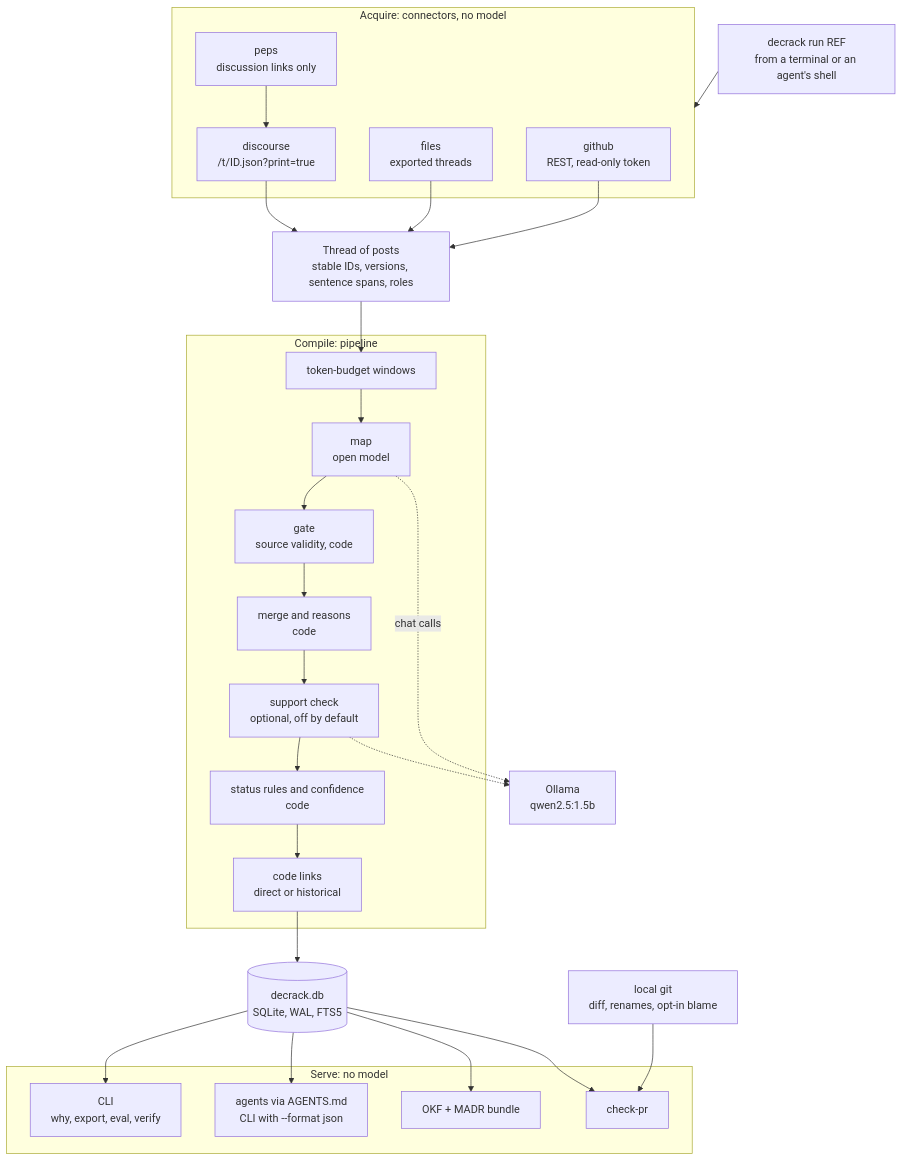
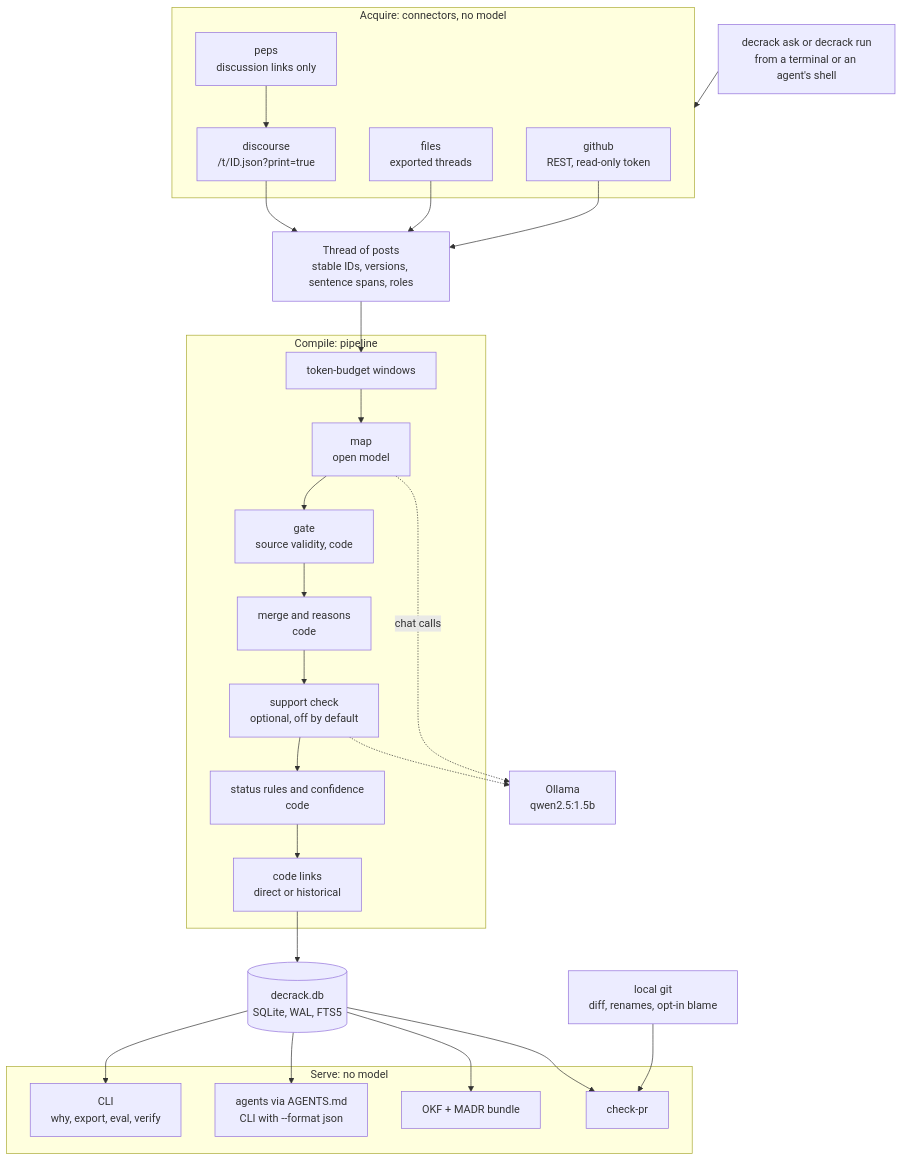
One commit to Madhav-GPT/DecRack changed the second of 8 diagrams in docs/ARCHITECTURE.md. Above: the diagram before and after it, drawn with Mermaid. The commit also changed other lines of this file and 9 other files, not shown here.

````diff
--- a/docs/ARCHITECTURE.md
+++ b/docs/ARCHITECTURE.md
@@ -129,32 +129,32 @@
 ```mermaid
 flowchart TD
     subgraph ACQ["Acquire: connectors, no model"]
         F["files<br/>exported threads"]
         DPO["discourse<br/>/t/ID.json?print=true"]
         GH["github<br/>REST, read-only token"]
         PEP["peps<br/>discussion links only"]
     end
     PEP --> DPO
     F & DPO & GH --> TH["Thread of posts<br/>stable IDs, versions, sentence spans, roles"]
     subgraph CMP["Compile: pipeline"]
         W["token-budget windows"] --> MAP["map<br/>open model"]
         MAP --> GATE["gate<br/>source validity, code"]
         GATE --> CON["merge and reasons<br/>code"]
         CON --> SUP["support check<br/>optional, off by default"]
         SUP --> ST["status rules and confidence<br/>code"]
         ST --> LNK["code links<br/>direct or historical"]
     end
     TH --> W
     MAP -.->|"chat calls"| OL["Ollama<br/>qwen2.5:1.5b"]
     SUP -.-> OL
     LNK --> DB[("decrack.db<br/>SQLite, WAL, FTS5")]
     subgraph SRV["Serve: no model"]
         CLI["CLI<br/>why, export, eval, verify"]
         AGT["agents via AGENTS.md<br/>CLI with --format json"]
         OKF["OKF + MADR bundle"]
         PRC["check-pr"]
     end
     DB --> CLI & AGT & OKF & PRC
     GIT["local git<br/>diff, renames, opt-in blame"] --> PRC
-    RUN["decrack run REF<br/>from a terminal or an agent's shell"] --> ACQ
+    RUN["decrack ask or decrack run<br/>from a terminal or an agent's shell"] --> ACQ
 ```
````
